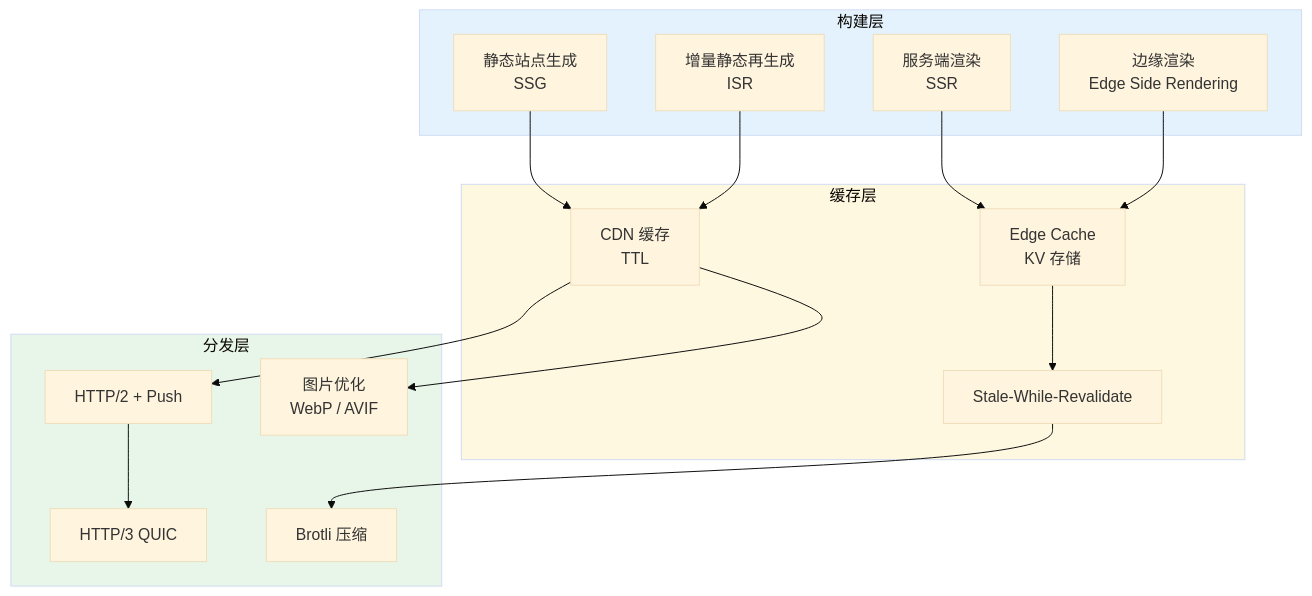
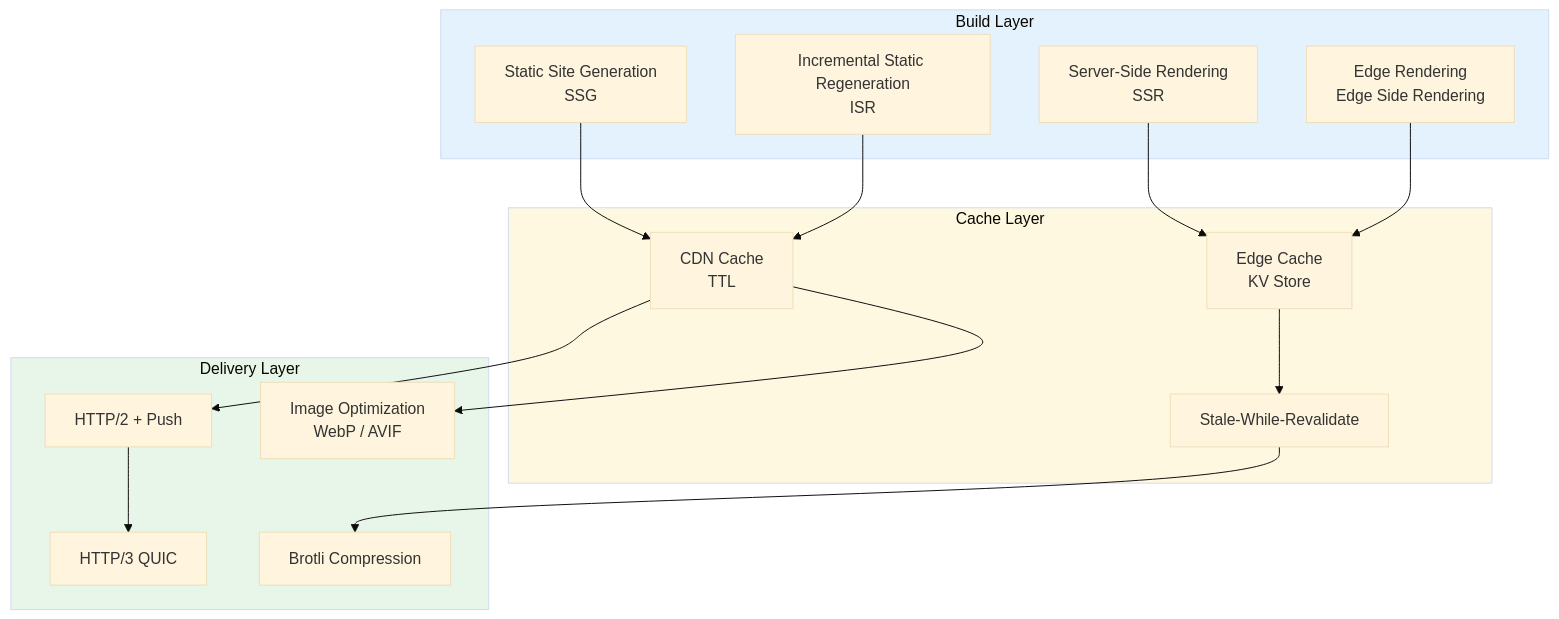
Before and after one commit to teaglebuilt/knowledge-tree: the sixth of 10 diagrams in tree/application/architecture/cms-architecture.md, drawn with Mermaid (base theme). The commit also changed other lines of this file and 8 other files, not shown here.

````diff
--- a/tree/application/architecture/cms-architecture.md
+++ b/tree/application/architecture/cms-architecture.md
@@ -304,31 +306,31 @@
 ```mermaid
 flowchart TB
-    subgraph Build["构建层"]
-        SSG["静态站点生成<br/>SSG"]
-        SSR["服务端渲染<br/>SSR"]
-        ISR["增量静态再生成<br/>ISR"]
-        EDGE["边缘渲染<br/>Edge Side Rendering"]
+    subgraph Build["Build Layer"]
+        SSG["Static Site Generation<br/>SSG"]
+        SSR["Server-Side Rendering<br/>SSR"]
+        ISR["Incremental Static Regeneration<br/>ISR"]
+        EDGE["Edge Rendering<br/>Edge Side Rendering"]
     end
 
-    subgraph Cache["缓存层"]
-        CDN_CACHE["CDN 缓存<br/>TTL"]
-        EDGE_CACHE["Edge Cache<br/>KV 存储"]
+    subgraph Cache["Cache Layer"]
+        CDN_CACHE["CDN Cache<br/>TTL"]
+        EDGE_CACHE["Edge Cache<br/>KV Store"]
         STALE["Stale-While-Revalidate"]
     end
 
-    subgraph Delivery["分发层"]
+    subgraph Delivery["Delivery Layer"]
         HTTP2["HTTP/2 + Push"]
         QUIC["HTTP/3 QUIC"]
-        BROTLI["Brotli 压缩"]
-        IMG_OPT["图片优化<br/>WebP / AVIF"]
+        BROTLI["Brotli Compression"]
+        IMG_OPT["Image Optimization<br/>WebP / AVIF"]
     end
 
     SSG --> CDN_CACHE --> HTTP2 --> QUIC
     SSR --> EDGE_CACHE --> STALE --> BROTLI
     ISR --> CDN_CACHE --> IMG_OPT
     EDGE --> EDGE_CACHE
 
     style Build fill:#e3f2fd
     style Cache fill:#fff8e1
     style Delivery fill:#e8f5e9
 ```
````
